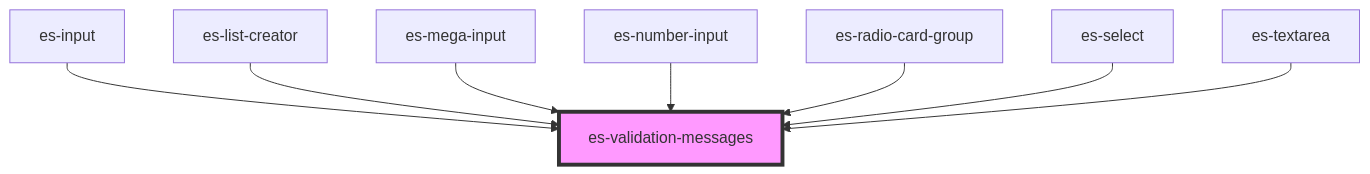
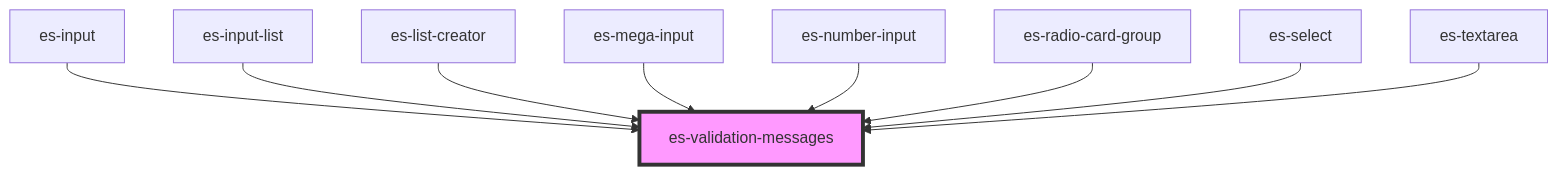
The diagram in packages/fields/src/components/es-validation-messages/readme.md (EventStore/Design-System), drawn with Mermaid before and after one commit. The commit also changed other lines of this file and 5 other files, not shown here.

Commit message:
add es-input-list

````diff
--- a/packages/fields/src/components/es-validation-messages/readme.md
+++ b/packages/fields/src/components/es-validation-messages/readme.md
@@ -28,11 +29,12 @@
 ```mermaid
 graph TD;
   es-input --> es-validation-messages
+  es-input-list --> es-validation-messages
   es-list-creator --> es-validation-messages
   es-mega-input --> es-validation-messages
   es-number-input --> es-validation-messages
   es-radio-card-group --> es-validation-messages
   es-select --> es-validation-messages
   es-textarea --> es-validation-messages
   style es-validation-messages fill:#f9f,stroke:#333,stroke-width:4px
 ```
````
